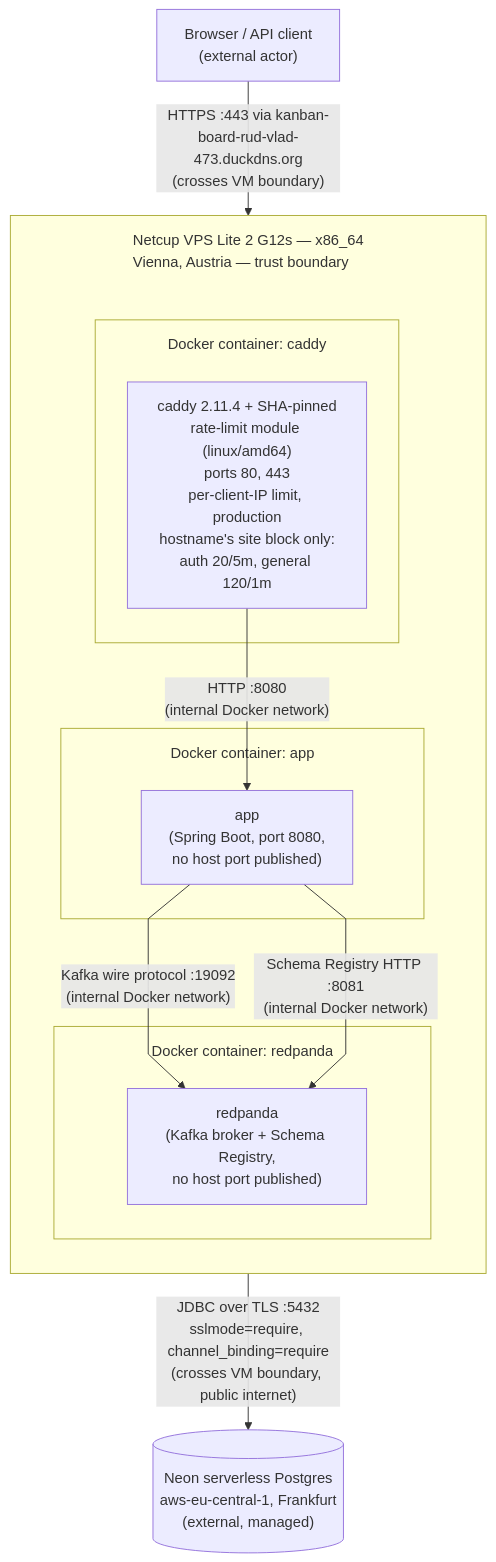
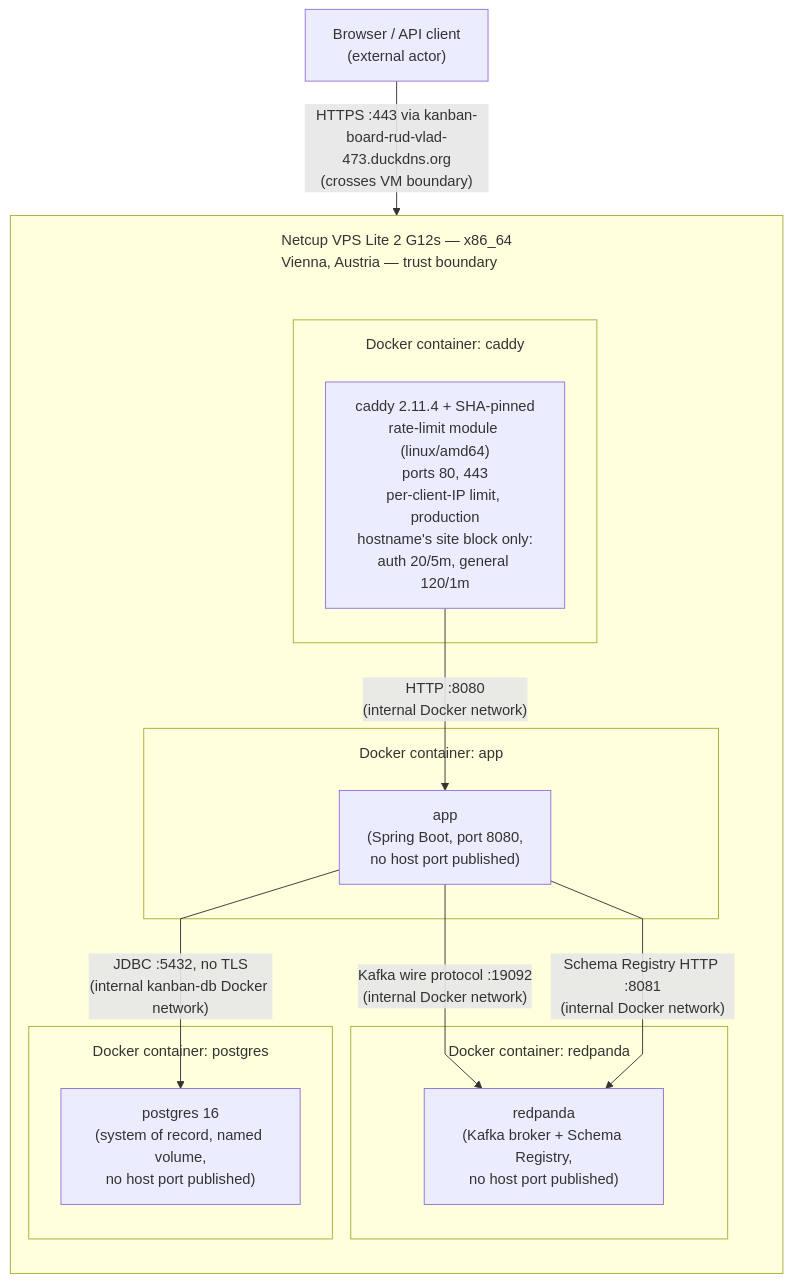
One commit to RudVlad473/kanban-board-backend changed the diagram in docs/diagrams/infra-physical-deployment.mmd. Above: the diagram before and after it, drawn with Mermaid. The commit also changed 6 other files, not shown here.

```diff
--- a/docs/diagrams/infra-physical-deployment.mmd
+++ b/docs/diagrams/infra-physical-deployment.mmd
@@ -1,30 +1,32 @@
 %%{init: {"flowchart": {"subGraphTitleMargin": {"top": 15, "bottom": 15}, "curve": "linear"}}}%%
 flowchart TB
     client["Browser / API client<br/>(external actor)"]
 
     subgraph netcup["Netcup VPS Lite 2 G12s — x86_64<br/>Vienna, Austria — trust boundary"]
         direction TB
 
         netcup_spacer[" "]
         style netcup_spacer height:1px,fill:none,stroke:none
 
         subgraph caddy_box["Docker container: caddy"]
             caddy["caddy 2.11.4 + SHA-pinned<br/>rate-limit module (linux/amd64)<br/>ports 80, 443<br/>per-client-IP limit, production<br/>hostname's site block only:<br/>auth 20/5m, general 120/1m"]
         end
         netcup_spacer ~~~ caddy_box
         subgraph app_box["Docker container: app"]
             app["app<br/>(Spring Boot, port 8080,<br/>no host port published)"]
         end
         subgraph redpanda_box["Docker container: redpanda"]
             redpanda["redpanda<br/>(Kafka broker + Schema Registry,<br/>no host port published)"]
         end
+        subgraph postgres_box["Docker container: postgres"]
+            postgres["postgres 16<br/>(system of record, named volume,<br/>no host port published)"]
+        end
 
         caddy -- "HTTP :8080<br/>(internal Docker network)" --> app
         app -- "Kafka wire protocol :19092<br/>(internal Docker network)" --> redpanda
         app -- "Schema Registry HTTP :8081<br/>(internal Docker network)" --> redpanda
+        app -- "JDBC :5432, no TLS<br/>(internal kanban-db Docker network)" --> postgres
     end
 
-    neon[("Neon serverless Postgres<br/>aws-eu-central-1, Frankfurt<br/>(external, managed)")]
 
     client -- "HTTPS :443 via kanban-board-rud-vlad-473.duckdns.org<br/>(crosses VM boundary)" --> caddy
-    app -- "JDBC over TLS :5432<br/>sslmode=require, channel_binding=require<br/>(crosses VM boundary, public internet)" --> neon
```
